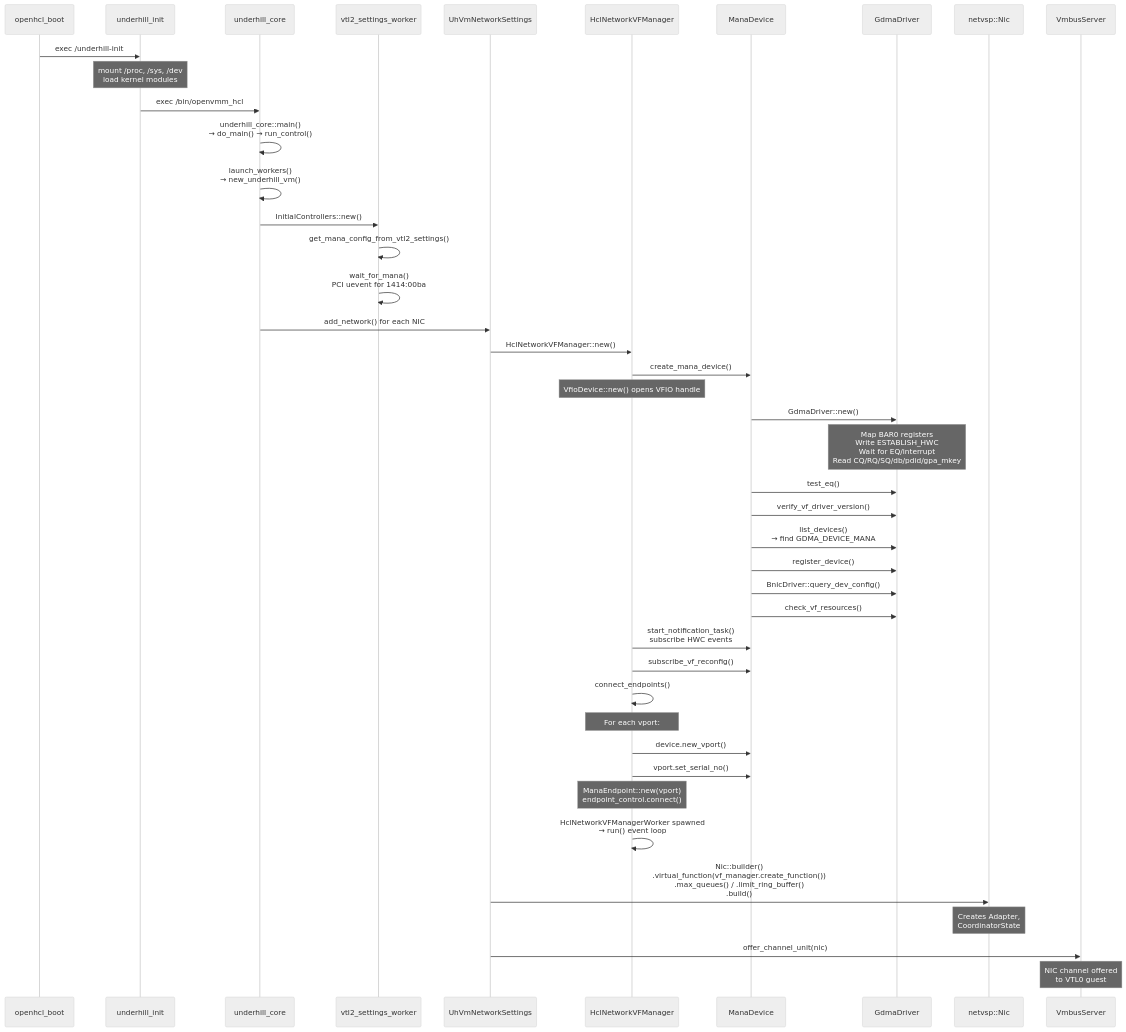
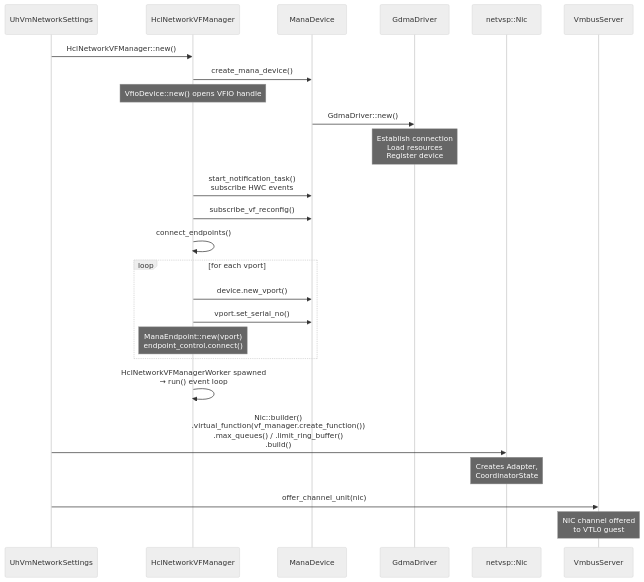
The first of 6 diagrams in Guide/src/dev_guide/netvsp_mana_lifecycle_diagrams.md (ben-zen/openvmm), drawn with Mermaid (neutral theme) before and after one commit. The commit also changed other lines of this file, not shown here.

Commit message:
Updated first state machine diagram to be more useful

````diff
--- a/Guide/src/dev_guide/netvsp_mana_lifecycle_diagrams.md
+++ b/Guide/src/dev_guide/netvsp_mana_lifecycle_diagrams.md
@@ -13,57 +11,33 @@
 ```mermaid
 sequenceDiagram
-    participant Boot as openhcl_boot
-    participant Init as underhill_init
-    participant Core as underhill_core
-    participant Settings as vtl2_settings_worker
     participant Worker as UhVmNetworkSettings
     participant VFMgr as HclNetworkVFManager
     participant MANA as ManaDevice
     participant GDMA as GdmaDriver
     participant NetVSP as netvsp::Nic
     participant VMBus as VmbusServer
 
-    Boot->>Init: exec /underhill-init
-    Note over Init: mount /proc, /sys, /dev<br/>load kernel modules
-    Init->>Core: exec /bin/openvmm_hcl
-
-    Core->>Core: underhill_core::main()<br/>→ do_main() → run_control()
-    Core->>Core: launch_workers()<br/>→ new_underhill_vm()
-
-    Core->>Settings: InitialControllers::new()
-    Settings->>Settings: get_mana_config_from_vtl2_settings()
-    Settings->>Settings: wait_for_mana()<br/>PCI uevent for 1414:00ba
-
-    Core->>Worker: add_network() for each NIC
-
     Worker->>VFMgr: HclNetworkVFManager::new()
     VFMgr->>MANA: create_mana_device()
     Note over VFMgr: VfioDevice::new() opens VFIO handle
 
     MANA->>GDMA: GdmaDriver::new()
-    Note over GDMA: Map BAR0 registers<br/>Write ESTABLISH_HWC<br/>Wait for EQ/interrupt<br/>Read CQ/RQ/SQ/db/pdid/gpa_mkey
-
-    MANA->>GDMA: test_eq()
-    MANA->>GDMA: verify_vf_driver_version()
-    MANA->>GDMA: list_devices()<br/>→ find GDMA_DEVICE_MANA
-    MANA->>GDMA: register_device()
-    MANA->>GDMA: BnicDriver::query_dev_config()
-    MANA->>GDMA: check_vf_resources()
-
+    Note over GDMA: Establish connection<br/>Load resources<br/>Register device
     VFMgr->>MANA: start_notification_task()<br/>subscribe HWC events
     VFMgr->>MANA: subscribe_vf_reconfig()
 
     VFMgr->>VFMgr: connect_endpoints()
-    Note over VFMgr: For each vport:
-    VFMgr->>MANA: device.new_vport()
-    VFMgr->>MANA: vport.set_serial_no()
-    Note over VFMgr: ManaEndpoint::new(vport)<br/>endpoint_control.connect()
+    loop for each vport
+        VFMgr->>MANA: device.new_vport()
+        VFMgr->>MANA: vport.set_serial_no()
+        Note over VFMgr: ManaEndpoint::new(vport)<br/>endpoint_control.connect()
+    end
 
     VFMgr->>VFMgr: HclNetworkVFManagerWorker spawned<br/>→ run() event loop
 
     Worker->>NetVSP: Nic::builder()<br/>.virtual_function(vf_manager.create_function())<br/>.max_queues() / .limit_ring_buffer()<br/>.build()
     Note over NetVSP: Creates Adapter,<br/>CoordinatorState
 
     Worker->>VMBus: offer_channel_unit(nic)
     Note over VMBus: NIC channel offered<br/>to VTL0 guest
 ```
````
